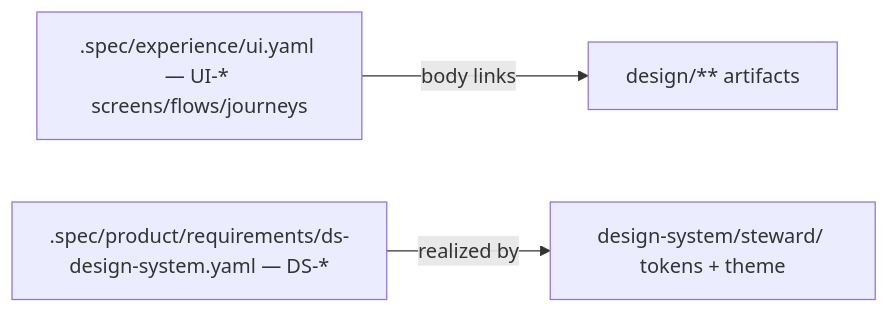
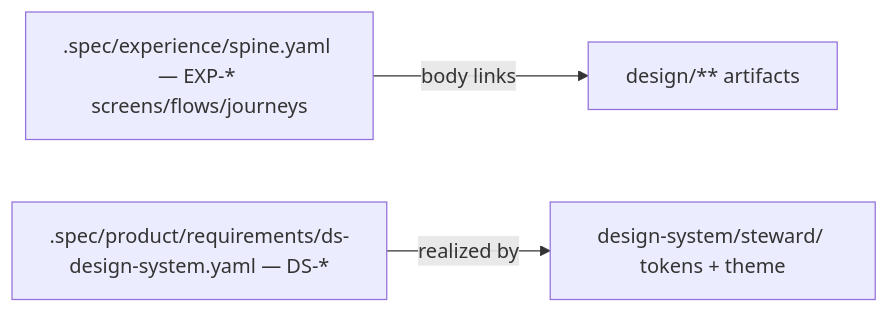
Before and after one commit to jetdream/steward: the diagram in design/CLAUDE.md, drawn with Mermaid. The commit also changed other lines of this file and 28 other files, not shown here.

````diff
--- a/design/CLAUDE.md
+++ b/design/CLAUDE.md
@@ -9,5 +9,5 @@
 ```mermaid
 graph LR
-  UI[".spec/experience/ui.yaml — UI-* screens/flows/journeys"] -- body links --> ART["design/** artifacts"]
+  UI[".spec/experience/spine.yaml — EXP-* screens/flows/journeys"] -- body links --> ART["design/** artifacts"]
   DS[".spec/product/requirements/ds-design-system.yaml — DS-*"] -- realized by --> TOK["design-system/steward/ tokens + theme"]
 ```
````
